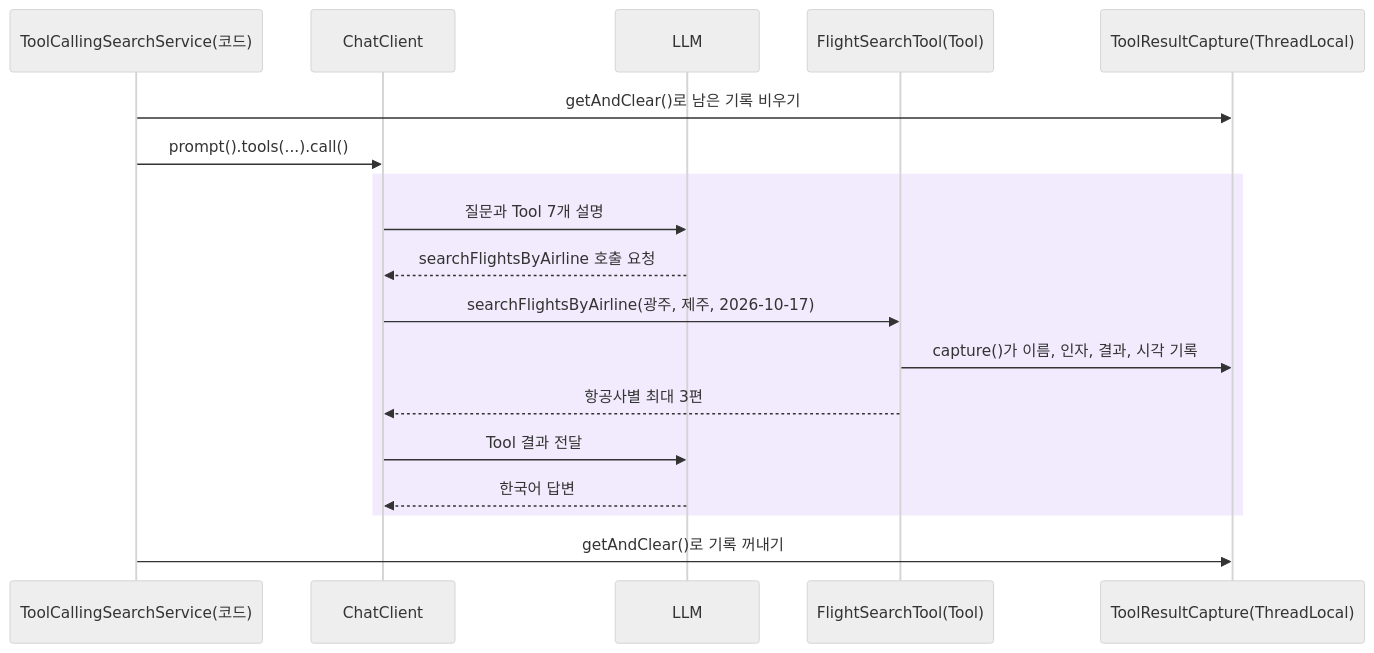
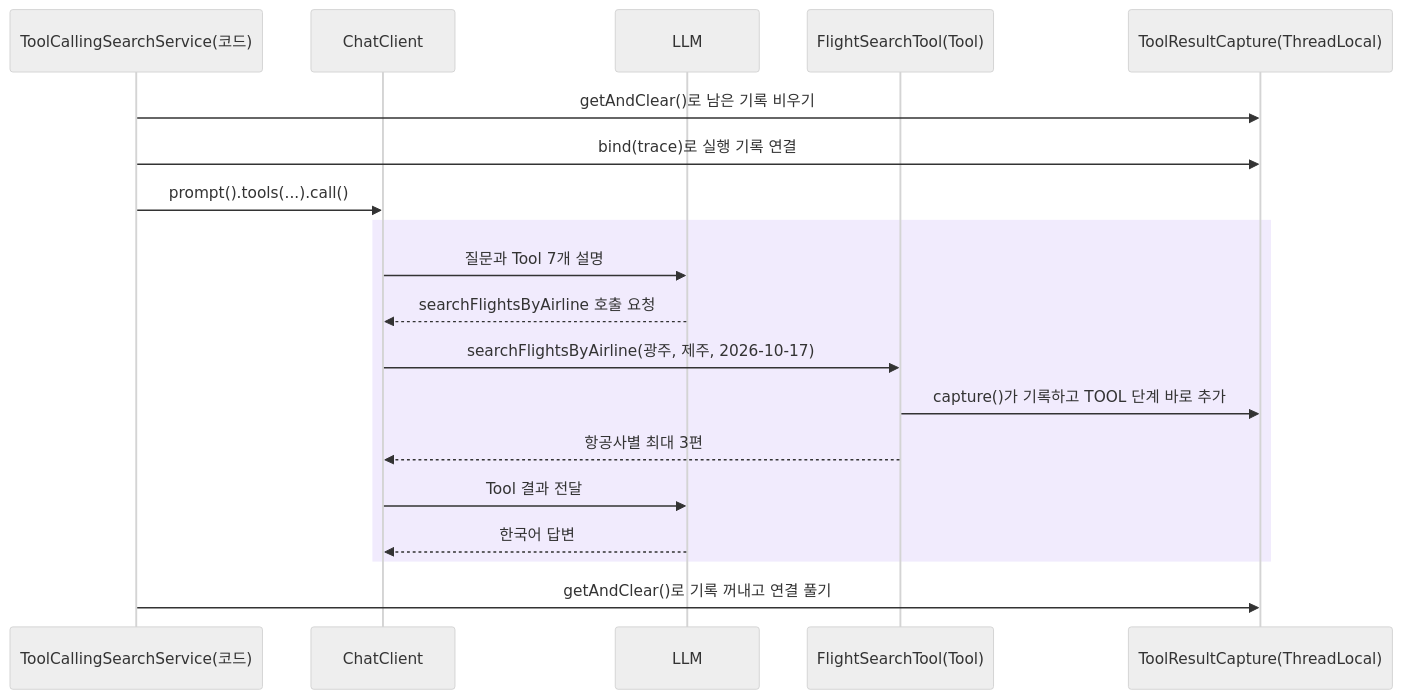
One commit to nhn-academy-marco/ai-fly-schedule changed the third of 3 diagrams in docs/05-domain-tools.md. Above: the diagram before and after it, drawn with Mermaid (neutral theme). The commit also changed other lines of this file and 12 other files, not shown here.

````diff
--- a/docs/05-domain-tools.md
+++ b/docs/05-domain-tools.md
@@ -564,20 +569,21 @@
 ```mermaid
 sequenceDiagram
     participant S as ToolCallingSearchService(코드)
     participant C as ChatClient
     participant L as LLM
     participant T as FlightSearchTool(Tool)
     participant R as ToolResultCapture(ThreadLocal)
     S->>R: getAndClear()로 남은 기록 비우기
+    S->>R: bind(trace)로 실행 기록 연결
     S->>C: prompt().tools(...).call()
     rect rgb(241,235,253)
     C->>L: 질문과 Tool 7개 설명
     L-->>C: searchFlightsByAirline 호출 요청
     C->>T: searchFlightsByAirline(광주, 제주, 2026-10-17)
-    T->>R: capture()가 이름, 인자, 결과, 시각 기록
+    T->>R: capture()가 기록하고 TOOL 단계 바로 추가
     T-->>C: 항공사별 최대 3편
     C->>L: Tool 결과 전달
     L-->>C: 한국어 답변
     end
-    S->>R: getAndClear()로 기록 꺼내기
+    S->>R: getAndClear()로 기록 꺼내고 연결 풀기
 ```
````
